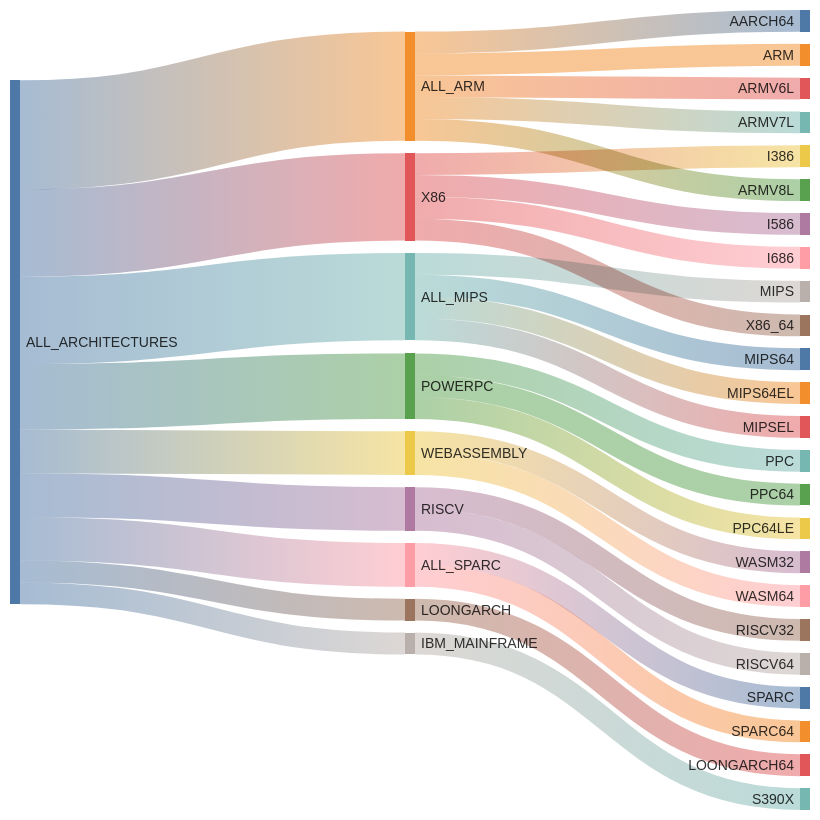
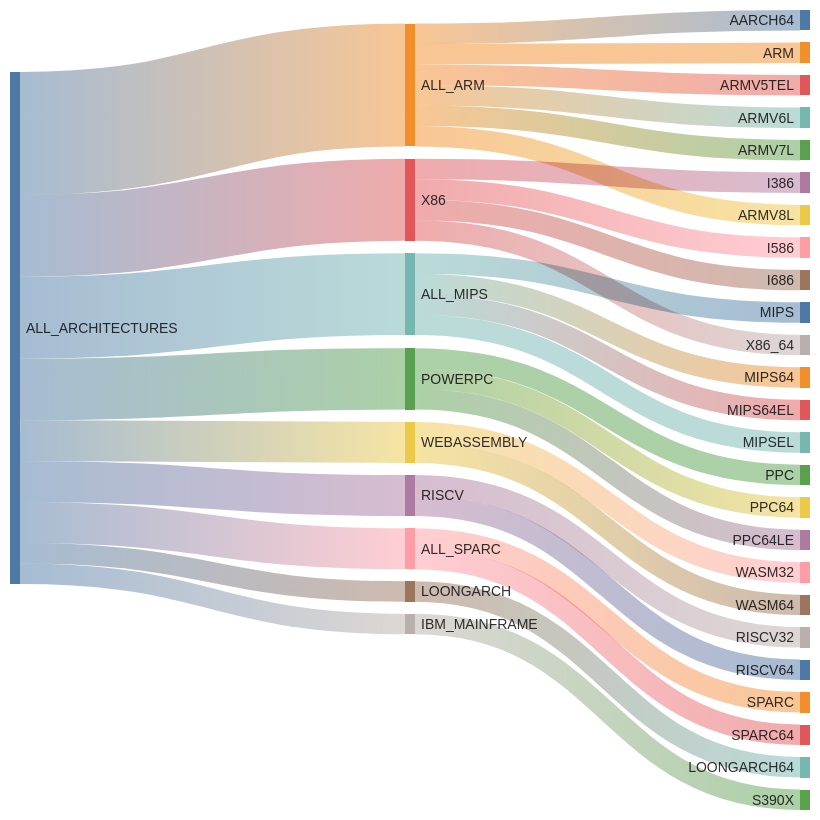
The first of 4 diagrams in docs/architectures.md (kdeldycke/extra-platforms), drawn with Mermaid before and after one commit. The commit also changed other lines of this file and 7 other files, not shown here.

````diff
--- a/docs/architectures.md
+++ b/docs/architectures.md
@@ -117,40 +118,41 @@
 ```mermaid
 ---
 config: {"sankey": {"showValues": false, "width": 800, "height": 800}}
 ---
 sankey-beta
 
-ALL_ARCHITECTURES,ALL_ARM,5
+ALL_ARCHITECTURES,ALL_ARM,6
 ALL_ARCHITECTURES,X86,4
 ALL_ARCHITECTURES,ALL_MIPS,4
 ALL_ARCHITECTURES,POWERPC,3
 ALL_ARCHITECTURES,WEBASSEMBLY,2
 ALL_ARCHITECTURES,RISCV,2
 ALL_ARCHITECTURES,ALL_SPARC,2
 ALL_ARCHITECTURES,LOONGARCH,1
 ALL_ARCHITECTURES,IBM_MAINFRAME,1
 ALL_ARM,AARCH64,1
 ALL_ARM,ARM,1
+ALL_ARM,ARMV5TEL,1
 ALL_ARM,ARMV6L,1
 ALL_ARM,ARMV7L,1
 ALL_ARM,ARMV8L,1
 X86,I386,1
 X86,I586,1
 X86,I686,1
 X86,X86_64,1
 ALL_MIPS,MIPS,1
 ALL_MIPS,MIPS64,1
 ALL_MIPS,MIPS64EL,1
 ALL_MIPS,MIPSEL,1
 POWERPC,PPC,1
 POWERPC,PPC64,1
 POWERPC,PPC64LE,1
 WEBASSEMBLY,WASM32,1
 WEBASSEMBLY,WASM64,1
 RISCV,RISCV32,1
 RISCV,RISCV64,1
 ALL_SPARC,SPARC,1
 ALL_SPARC,SPARC64,1
 LOONGARCH,LOONGARCH64,1
 IBM_MAINFRAME,S390X,1
 ```
````
